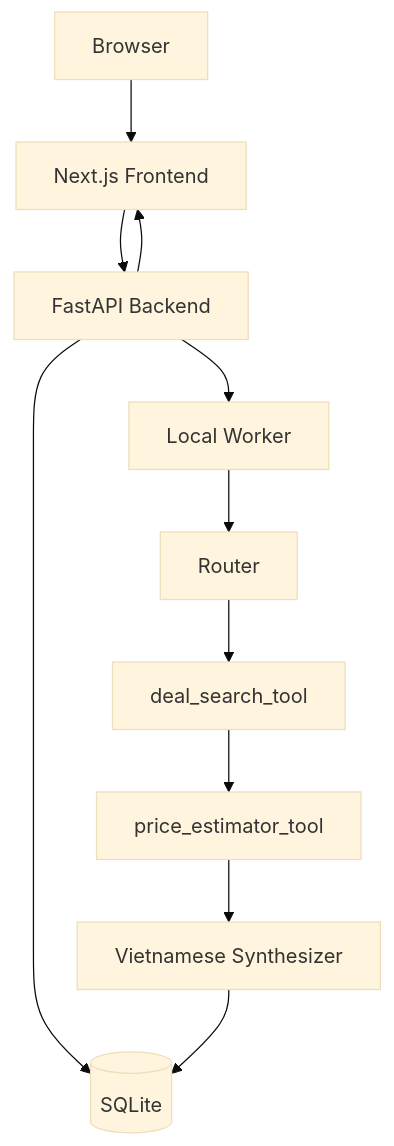
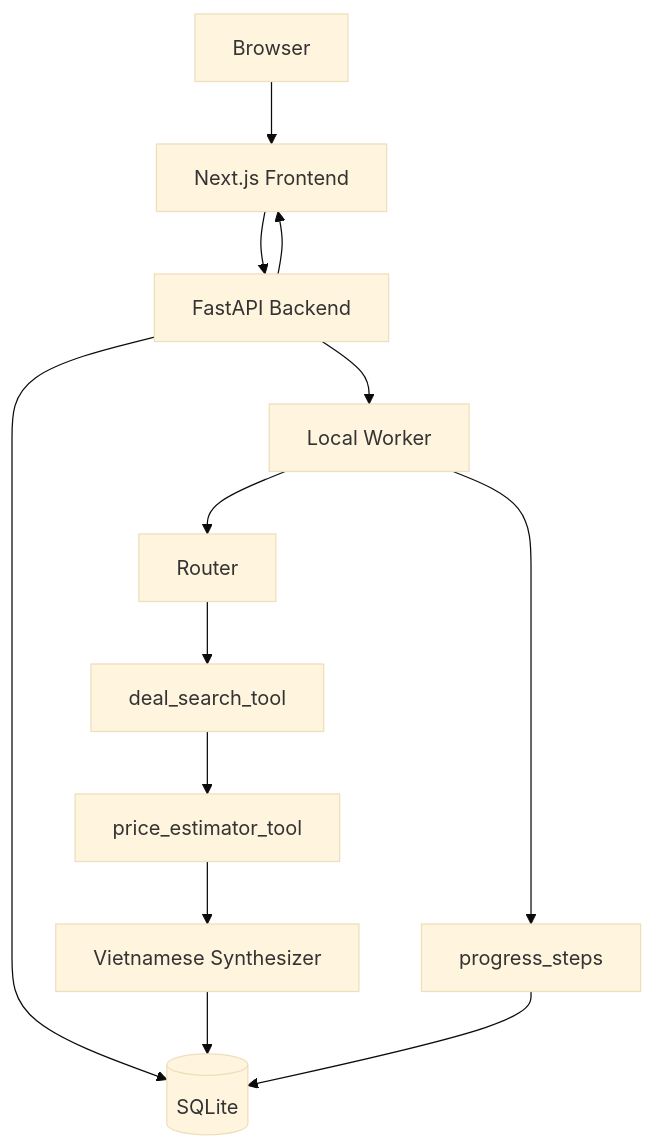
The third of 5 diagrams in shopping_assistant_v3/gameplan.md (Sunny-sunnyy/DACN3), drawn with Mermaid (base theme) before and after one commit. The commit also changed other lines of this file and 9 other files, not shown here.

````diff
--- a/shopping_assistant_v3/gameplan.md
+++ b/shopping_assistant_v3/gameplan.md
@@ -224,13 +235,15 @@
 ```mermaid
 flowchart TD
     Browser[Browser] --> Frontend[Next.js Frontend]
     Frontend --> API[FastAPI Backend]
     API --> DB[(SQLite)]
     API --> Worker[Local Worker]
     Worker --> Router[Router]
+    Worker --> Progress[progress_steps]
     Router --> Search[deal_search_tool]
     Search --> Pricing[price_estimator_tool]
     Pricing --> Synth[Vietnamese Synthesizer]
     Synth --> DB
+    Progress --> DB
     API --> Frontend
 ```
````
